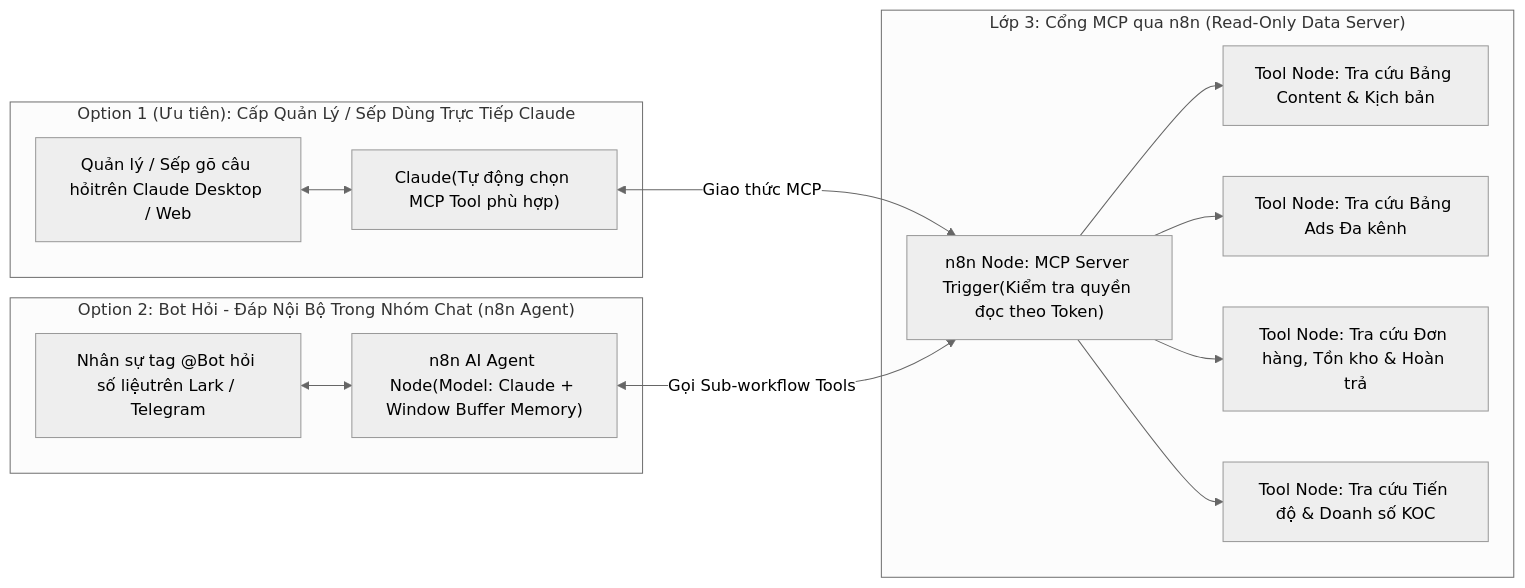
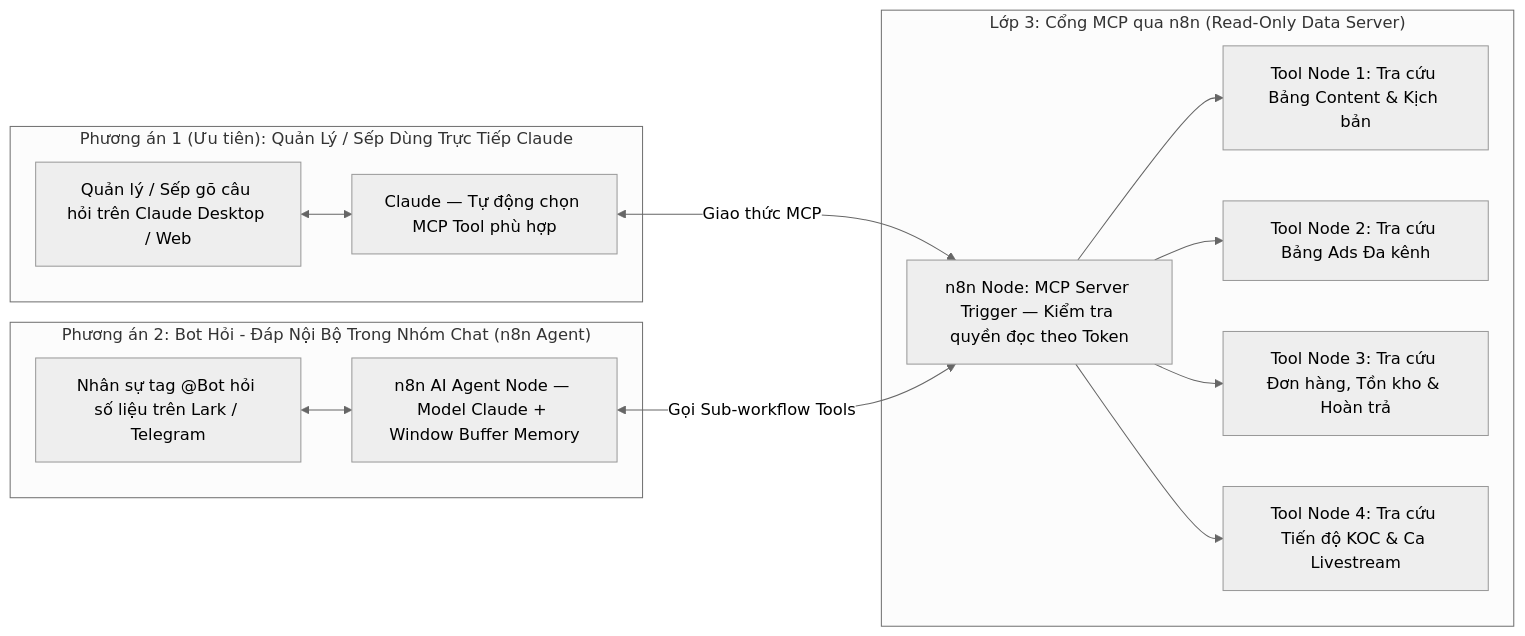
One commit to hattorimkk/api-docs changed the fourth of 17 diagrams in SYSTEM_ARCHITECTURE.md. Above: the diagram before and after it, drawn with Mermaid (neutral theme). The commit also changed other lines of this file, not shown here.

````diff
--- a/SYSTEM_ARCHITECTURE.md
+++ b/SYSTEM_ARCHITECTURE.md
@@ -307,29 +425,29 @@
 ```mermaid
 flowchart LR
-    subgraph MANAGERS["Option 1 (Ưu tiên): Cấp Quản Lý / Sếp Dùng Trực Tiếp Claude"]
-        BOSS["Quản lý / Sếp gõ câu hỏitrên Claude Desktop / Web"]
-        CLAUDE_APP["Claude(Tự động chọn MCP Tool phù hợp)"]
+    subgraph OPT1_1C["Phương án 1 (Ưu tiên): Quản Lý / Sếp Dùng Trực Tiếp Claude"]
+        BOSS["Quản lý / Sếp gõ câu hỏi trên Claude Desktop / Web"]
+        CLAUDE_APP["Claude — Tự động chọn MCP Tool phù hợp"]
         BOSS <--> CLAUDE_APP
     end
 
-    subgraph STAFF_CHAT["Option 2: Bot Hỏi - Đáp Nội Bộ Trong Nhóm Chat (n8n Agent)"]
-        CHAT_IN["Nhân sự tag @Bot hỏi số liệutrên Lark / Telegram"]
-        N8N_AGENT["n8n AI Agent Node(Model: Claude + Window Buffer Memory)"]
+    subgraph OPT2_1C["Phương án 2: Bot Hỏi - Đáp Nội Bộ Trong Nhóm Chat (n8n Agent)"]
+        CHAT_IN["Nhân sự tag @Bot hỏi số liệu trên Lark / Telegram"]
+        N8N_AGENT["n8n AI Agent Node — Model Claude + Window Buffer Memory"]
         CHAT_IN <--> N8N_AGENT
     end
 
-    subgraph N8N_MCP_SERVER["Lớp 3: Cổng MCP qua n8n (Read-Only Data Server)"]
-        MCP_TRIG["n8n Node: MCP Server Trigger(Kiểm tra quyền đọc theo Token)"]
-        TOOL_1["Tool Node: Tra cứu Bảng Content & Kịch bản"]
-        TOOL_2["Tool Node: Tra cứu Bảng Ads Đa kênh"]
-        TOOL_3["Tool Node: Tra cứu Đơn hàng, Tồn kho & Hoàn trả"]
-        TOOL_4["Tool Node: Tra cứu Tiến độ & Doanh số KOC"]
+    subgraph N8N_MCP_1C["Lớp 3: Cổng MCP qua n8n (Read-Only Data Server)"]
+        MCP_TRIG["n8n Node: MCP Server Trigger — Kiểm tra quyền đọc theo Token"]
+        TOOL_1["Tool Node 1: Tra cứu Bảng Content & Kịch bản"]
+        TOOL_2["Tool Node 2: Tra cứu Bảng Ads Đa kênh"]
+        TOOL_3["Tool Node 3: Tra cứu Đơn hàng, Tồn kho & Hoàn trả"]
+        TOOL_4["Tool Node 4: Tra cứu Tiến độ KOC & Ca Livestream"]
         MCP_TRIG --> TOOL_1
         MCP_TRIG --> TOOL_2
         MCP_TRIG --> TOOL_3
         MCP_TRIG --> TOOL_4
     end
 
     CLAUDE_APP <-->|"Giao thức MCP"| MCP_TRIG
     N8N_AGENT <-->|"Gọi Sub-workflow Tools"| MCP_TRIG
 ```
````
